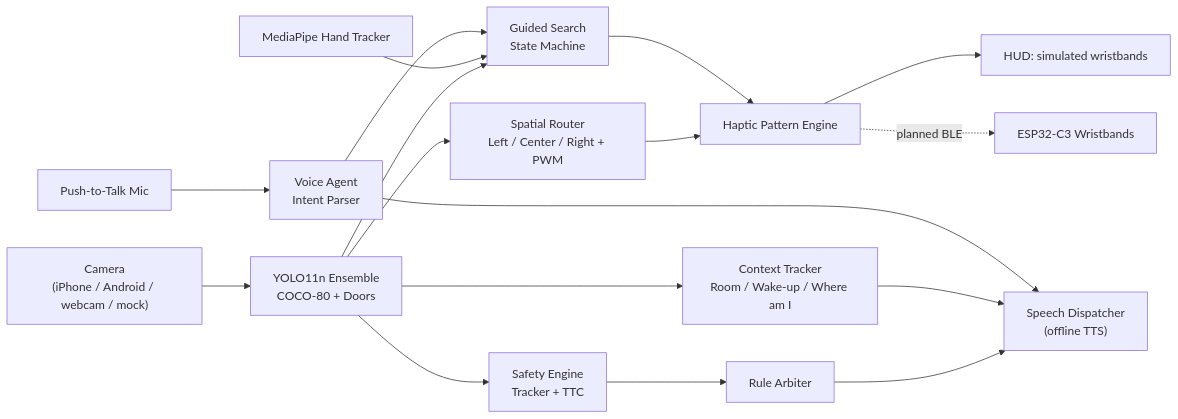
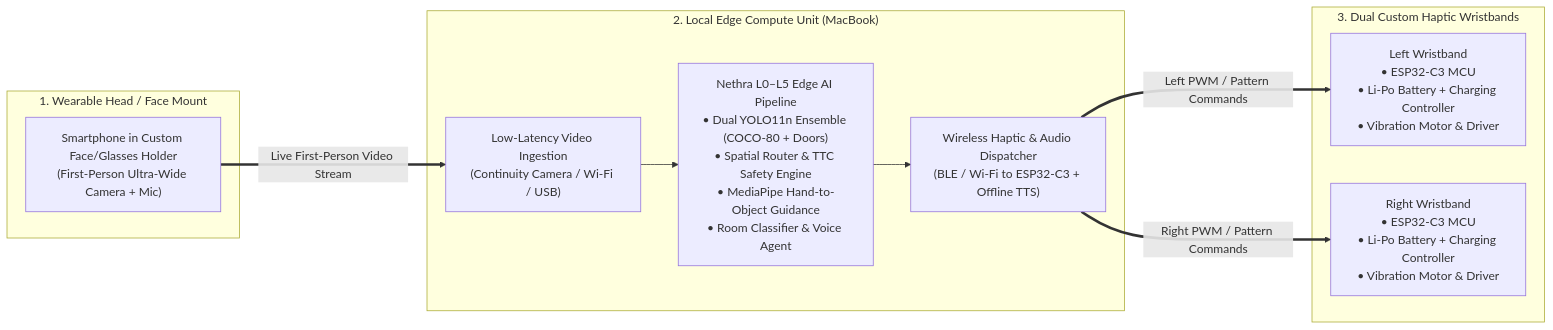
The first of 2 diagrams in docs/PROJECT_OVERVIEW.md (MahenDulnith/Nethra), drawn with Mermaid before and after one commit. The commit also changed other lines of this file and 3 other files, not shown here.

Commit message:
fix(hud,docs): resolve HUD banner/tag overlap and align proposal docs with final 2x ESP32-C3 + phone face-mount + Mac architecture

````diff
--- a/docs/PROJECT_OVERVIEW.md
+++ b/docs/PROJECT_OVERVIEW.md
@@ -96,19 +43,22 @@
 ```mermaid
 flowchart LR
-    CAM["Camera<br/>(iPhone / Android / webcam / mock)"] --> YOLO["YOLO11n Ensemble<br/>COCO-80 + Doors"]
-    YOLO --> ROUTER["Spatial Router<br/>Left / Center / Right + PWM"]
-    YOLO --> SAFETY["Safety Engine<br/>Tracker + TTC"]
-    YOLO --> CTX["Context Tracker<br/>Room / Wake-up / Where am I"]
-    YOLO --> GUIDE["Guided Search<br/>State Machine"]
-    HAND["MediaPipe Hand Tracker"] --> GUIDE
-    MIC["Push-to-Talk Mic"] --> AGENT["Voice Agent<br/>Intent Parser"]
-    AGENT --> GUIDE
-    ROUTER --> HAPTIC["Haptic Pattern Engine"]
-    GUIDE --> HAPTIC
-    SAFETY --> ARB["Rule Arbiter"]
-    ARB --> SPEECH["Speech Dispatcher<br/>(offline TTS)"]
-    CTX --> SPEECH
-    AGENT --> SPEECH
-    HAPTIC --> HUD["HUD: simulated wristbands"]
-    HAPTIC -.->|planned BLE| WB["ESP32-C3 Wristbands"]
+    subgraph HEAD ["1. Wearable Head / Face Mount"]
+        PHONE["Smartphone in Custom Face/Glasses Holder<br/>(First-Person Ultra-Wide Camera + Mic)"]
+    end
+
+    subgraph COMPUTE ["2. Local Edge Compute Unit (MacBook)"]
+        INGEST["Low-Latency Video Ingestion<br/>(Continuity Camera / Wi-Fi / USB)"]
+        AI["Nethra L0–L5 Edge AI Pipeline<br/>• Dual YOLO11n Ensemble (COCO-80 + Doors)<br/>• Spatial Router & TTC Safety Engine<br/>• MediaPipe Hand-to-Object Guidance<br/>• Room Classifier & Voice Agent"]
+        COMM["Wireless Haptic & Audio Dispatcher<br/>(BLE / Wi-Fi to ESP32-C3 + Offline TTS)"]
+        INGEST --> AI --> COMM
+    end
+
+    subgraph WRISTS ["3. Dual Custom Haptic Wristbands"]
+        LEFT_BAND["Left Wristband<br/>• ESP32-C3 MCU<br/>• Li-Po Battery + Charging Controller<br/>• Vibration Motor & Driver"]
+        RIGHT_BAND["Right Wristband<br/>• ESP32-C3 MCU<br/>• Li-Po Battery + Charging Controller<br/>• Vibration Motor & Driver"]
+    end
+
+    PHONE ==>|"Live First-Person Video Stream"| INGEST
+    COMM ==>|"Left PWM / Pattern Commands"| LEFT_BAND
+    COMM ==>|"Right PWM / Pattern Commands"| RIGHT_BAND
 ```
````
